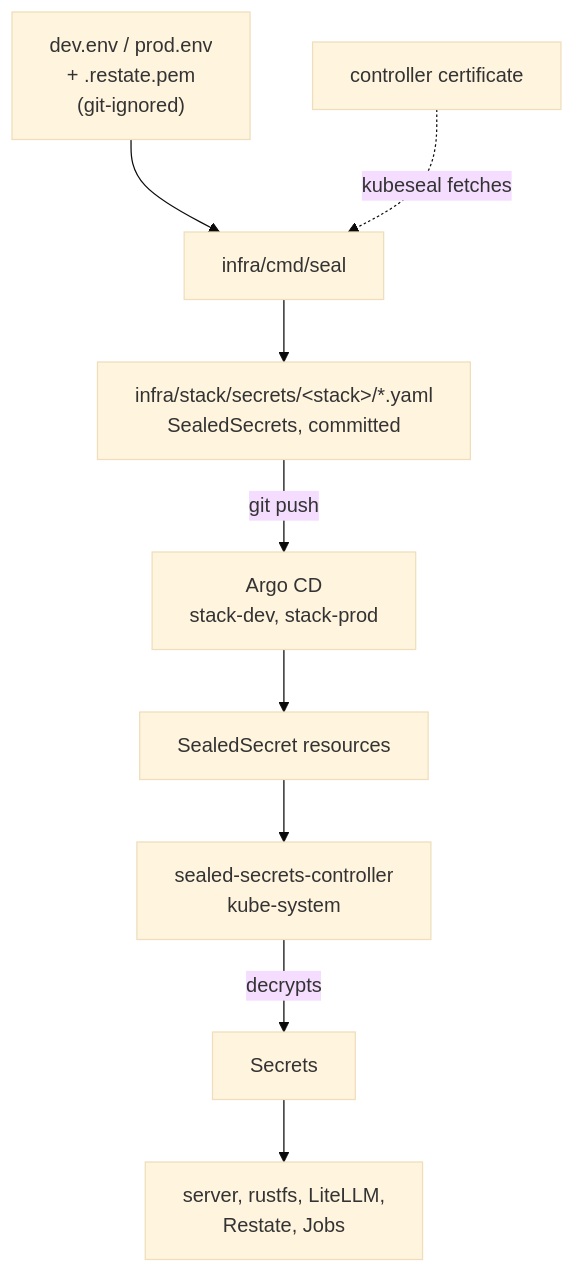
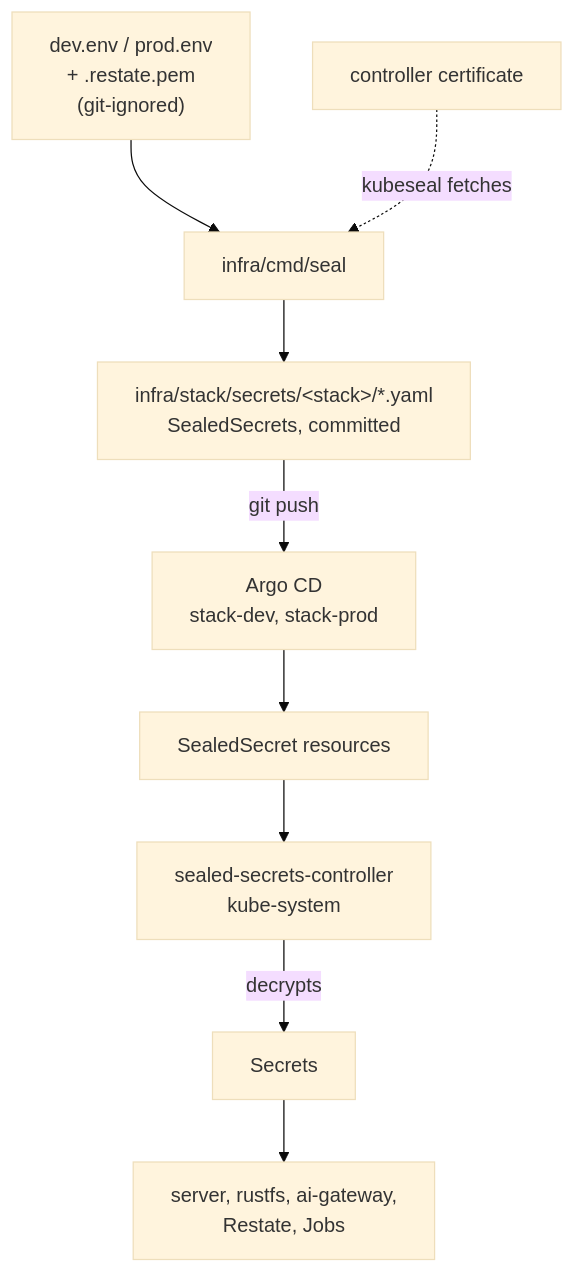
Before and after one commit to shopnexus/docs: the diagram in web/src/content/docs/en/operations/cluster/secrets.mdx, drawn with Mermaid (base theme). The commit also changed other lines of this file and 17 other files, not shown here.

````diff
--- a/web/src/content/docs/en/operations/cluster/secrets.mdx
+++ b/web/src/content/docs/en/operations/cluster/secrets.mdx
@@ -16,11 +16,11 @@
 ```mermaid title="From the .env file to a pod"
 flowchart TB
   env["dev.env / prod.env<br/>+ .restate.pem<br/>(git-ignored)"] --> seal["infra/cmd/seal"]
   cert["controller certificate"] -.->|"kubeseal fetches"| seal
   seal --> yaml["infra/stack/secrets/#lt;stack#gt;/*.yaml<br/>SealedSecrets, committed"]
   yaml -->|"git push"| argo["Argo CD<br/>stack-dev, stack-prod"]
   argo --> ss["SealedSecret resources"]
   ss --> ctrl["sealed-secrets-controller<br/>kube-system"]
   ctrl -->|"decrypts"| sec["Secrets"]
-  sec --> pods["server, rustfs, LiteLLM,<br/>Restate, Jobs"]
+  sec --> pods["server, rustfs, ai-gateway,<br/>Restate, Jobs"]
 ```
````
